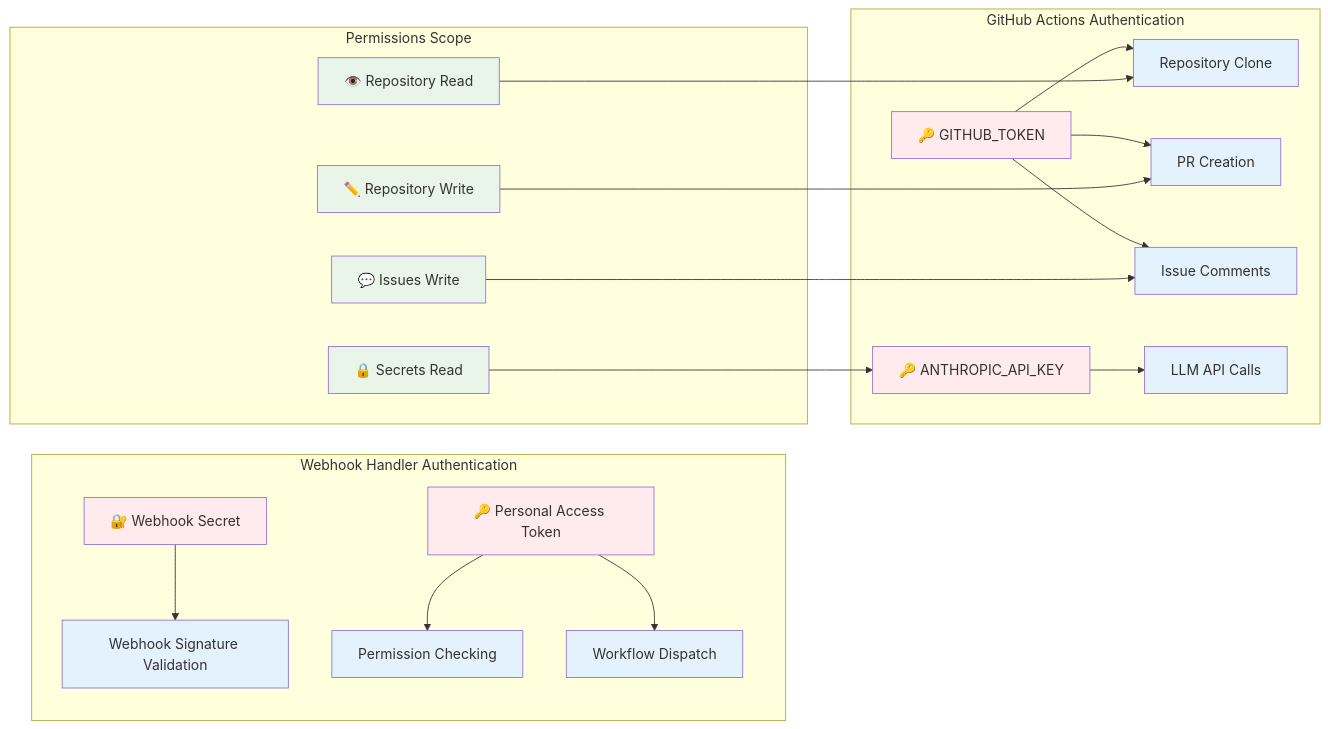
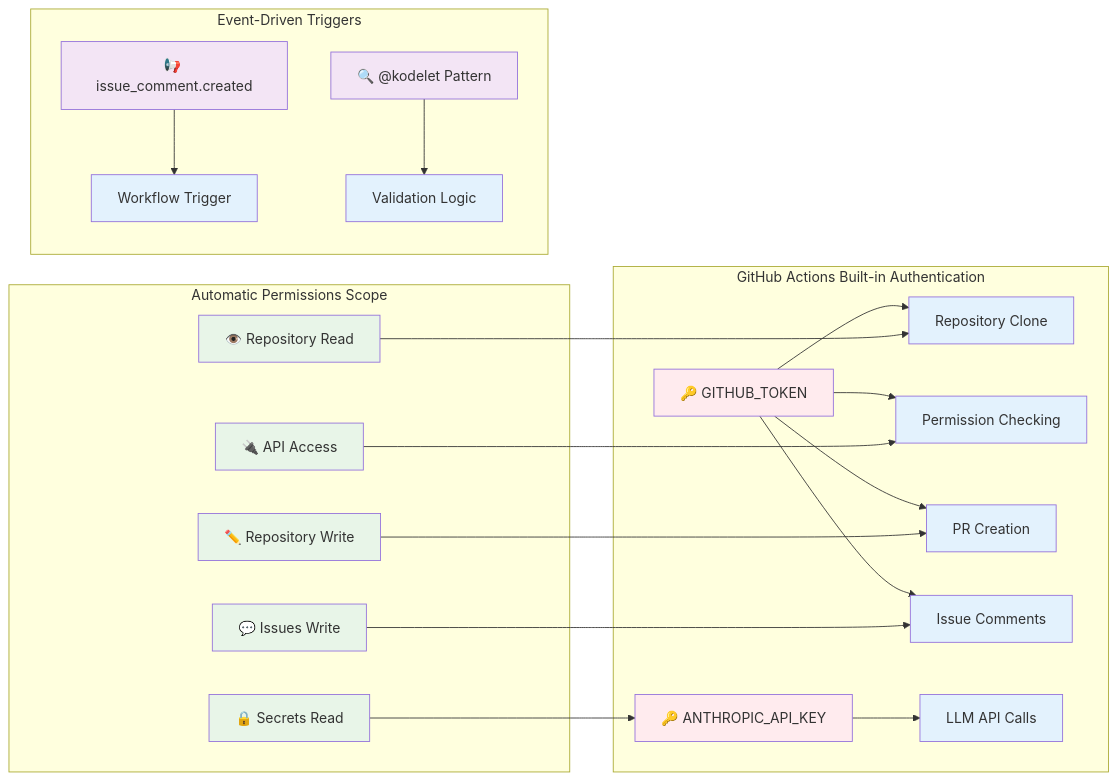
The third of 3 diagrams in adrs/012-background-kodelet.md (jingkaihe/kodelet), drawn with Mermaid before and after one commit. The commit also changed other lines of this file, not shown here.

Commit message:
docs(adr): update background kodelet workflow design to native GitHub Actions integration

````diff
--- a/adrs/012-background-kodelet.md
+++ b/adrs/012-background-kodelet.md
@@ -248,30 +240,33 @@
 ```mermaid
 graph LR
-    subgraph "Webhook Handler Authentication"
-        WHS[🔐 Webhook Secret] --> WHV[Webhook Signature Validation]
-        PAT[🔑 Personal Access Token] --> PERM[Permission Checking]
-        PAT --> DISP[Workflow Dispatch]
-    end
-    
-    subgraph "GitHub Actions Authentication" 
+    subgraph "GitHub Actions Built-in Authentication"
         GHTOKEN[🔑 GITHUB_TOKEN] --> CLONE[Repository Clone]
+        GHTOKEN --> PERM[Permission Checking]
         GHTOKEN --> PRAPI[PR Creation]
         GHTOKEN --> COMMENT[Issue Comments]
         APIKEY[🔑 ANTHROPIC_API_KEY] --> LLM[LLM API Calls]
     end
-    
-    subgraph "Permissions Scope"
+
+    subgraph "Automatic Permissions Scope"
         READPERM[👁️ Repository Read] --> CLONE
         WRITEPERM[✏️ Repository Write] --> PRAPI
         ISSUEPERM[💬 Issues Write] --> COMMENT
+        APIPERM[🔌 API Access] --> PERM
         SECPERM[🔒 Secrets Read] --> APIKEY
     end
-    
+
+    subgraph "Event-Driven Triggers"
+        ISSUEVENT[📢 issue_comment.created] --> TRIGGER[Workflow Trigger]
+        FILTER[🔍 @kodelet Pattern] --> VALIDATE[Validation Logic]
+    end
+
     classDef auth fill:#ffebee
     classDef scope fill:#e8f5e8
     classDef action fill:#e3f2fd
-    
-    class WHS,PAT,GHTOKEN,APIKEY auth
-    class READPERM,WRITEPERM,ISSUEPERM,SECPERM scope
-    class WHV,PERM,DISP,CLONE,PRAPI,COMMENT,LLM action
+    classDef event fill:#f3e5f5
+
+    class GHTOKEN,APIKEY auth
+    class READPERM,WRITEPERM,ISSUEPERM,APIPERM,SECPERM scope
+    class CLONE,PERM,PRAPI,COMMENT,LLM,TRIGGER,VALIDATE action
+    class ISSUEVENT,FILTER event
 ```
````
